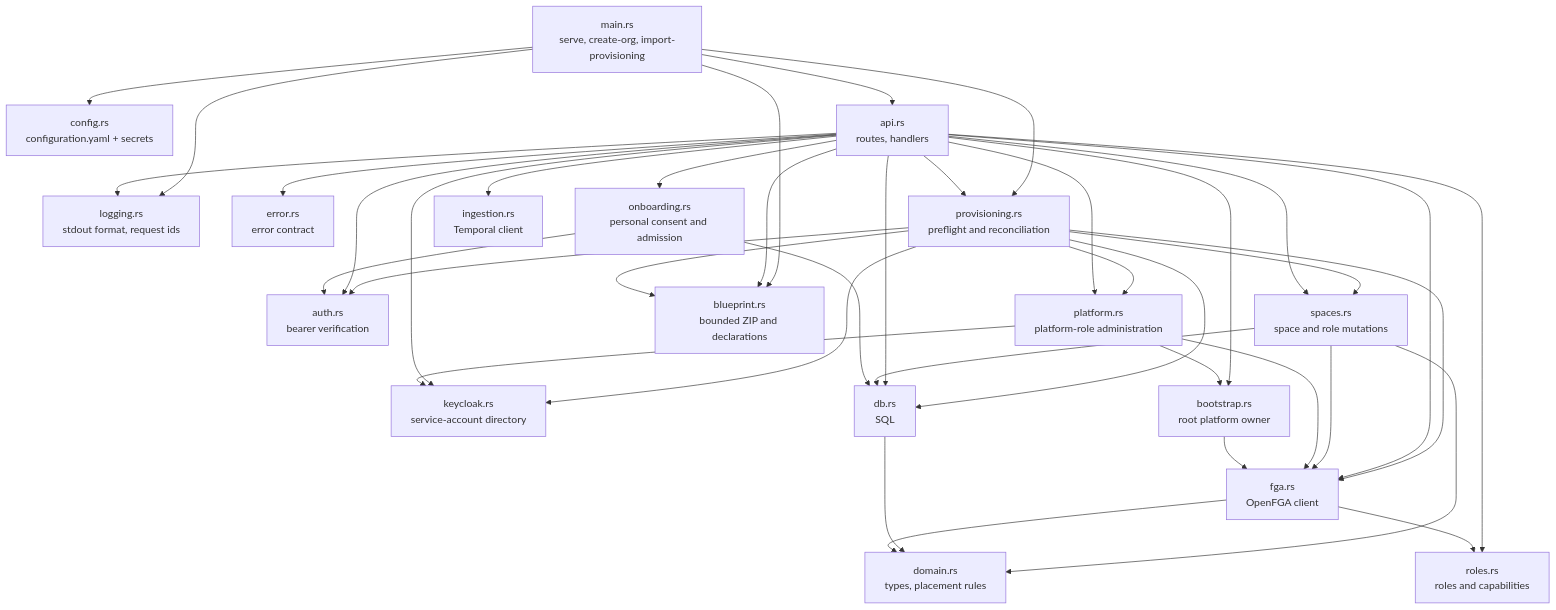
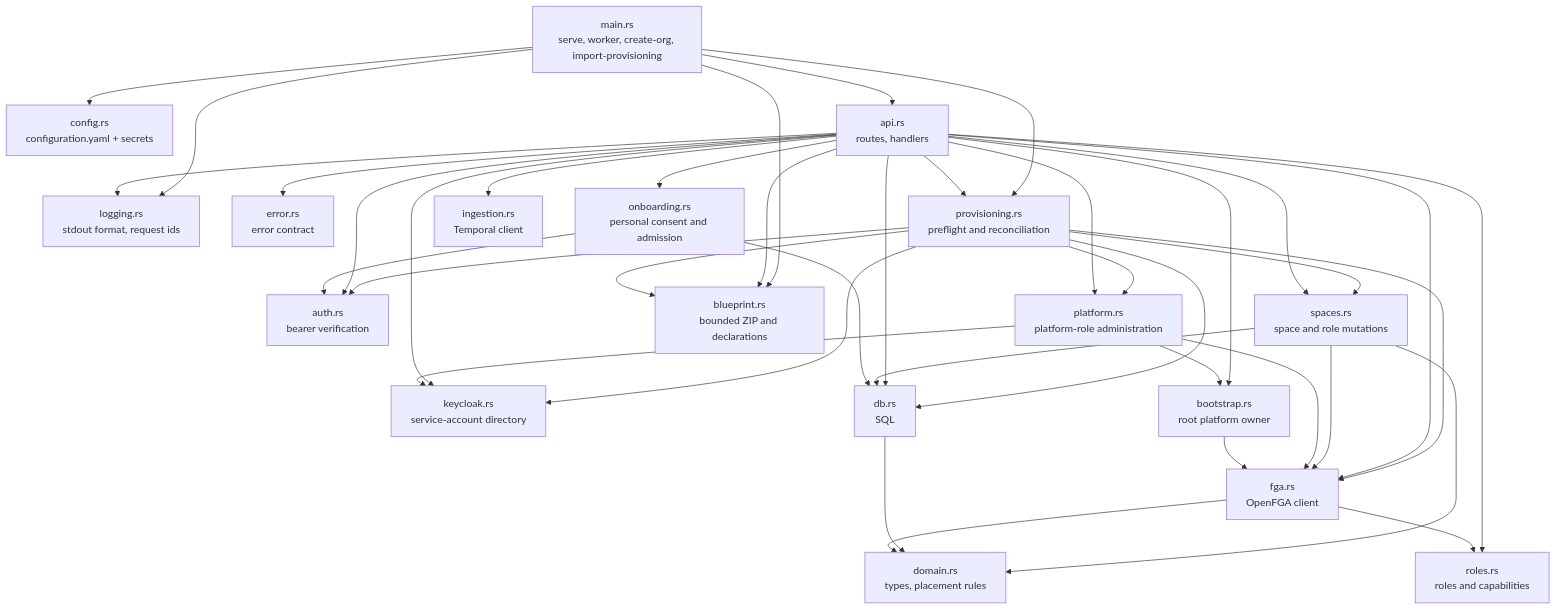
One commit to ThalesGroup/fred changed the second of 10 diagrams in docs/architecture/A1-manager-runtime.md. Above: the diagram before and after it, drawn with Mermaid. The commit also changed other lines of this file and 55 other files, not shown here.

````diff
--- a/docs/architecture/A1-manager-runtime.md
+++ b/docs/architecture/A1-manager-runtime.md
@@ -46,35 +46,35 @@
 ```mermaid
 flowchart TB
-    main["main.rs<br/>serve, create-org, import-provisioning"]
+    main["main.rs<br/>serve, worker, create-org, import-provisioning"]
     config["config.rs<br/>configuration.yaml + secrets"]
     logging["logging.rs<br/>stdout format, request ids"]
     api["api.rs<br/>routes, handlers"]
     auth["auth.rs<br/>bearer verification"]
     error["error.rs<br/>error contract"]
     spaces["spaces.rs<br/>space and role mutations"]
     provisioning["provisioning.rs<br/>preflight and reconciliation"]
     blueprint["blueprint.rs<br/>bounded ZIP and declarations"]
     platform["platform.rs<br/>platform-role administration"]
     roles["roles.rs<br/>roles and capabilities"]
     directory["keycloak.rs<br/>service-account directory"]
     onboarding["onboarding.rs<br/>personal consent and admission"]
     bootstrap["bootstrap.rs<br/>root platform owner"]
     domain["domain.rs<br/>types, placement rules"]
     db["db.rs<br/>SQL"]
     fga["fga.rs<br/>OpenFGA client"]
     ingestion["ingestion.rs<br/>Temporal client"]
 
     main --> config & logging & api & provisioning & blueprint
     api --> provisioning & blueprint
     provisioning --> blueprint
     provisioning --> auth & platform & directory & db & fga & spaces
     api --> auth & error & spaces & bootstrap & db & fga & ingestion & logging
     spaces --> domain & db & fga
     api --> platform & roles & directory & onboarding
     onboarding --> auth & db
     platform --> bootstrap & directory & fga
     fga --> roles
     bootstrap --> fga
     db --> domain
     fga --> domain
 ```
````
